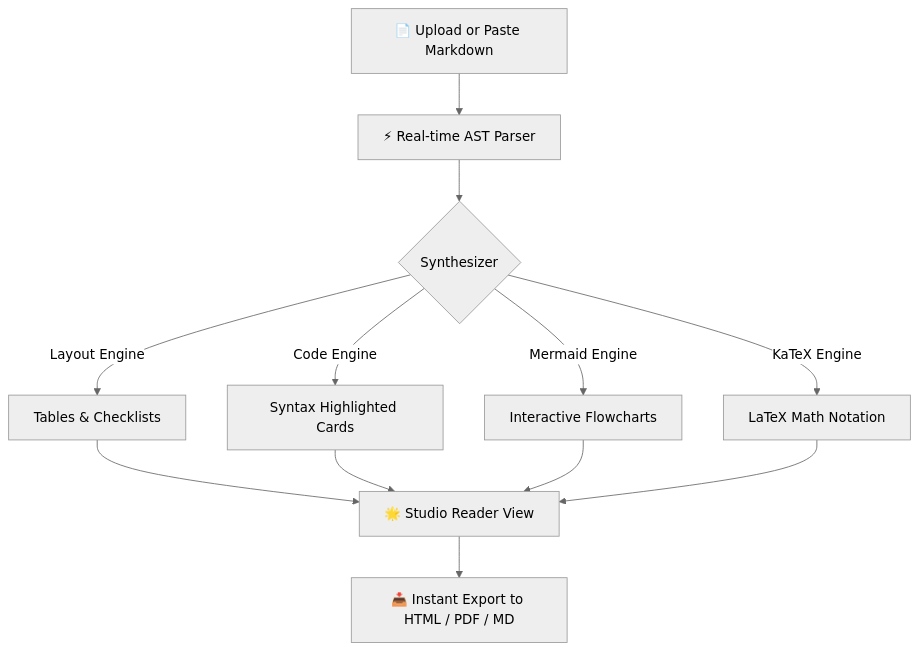
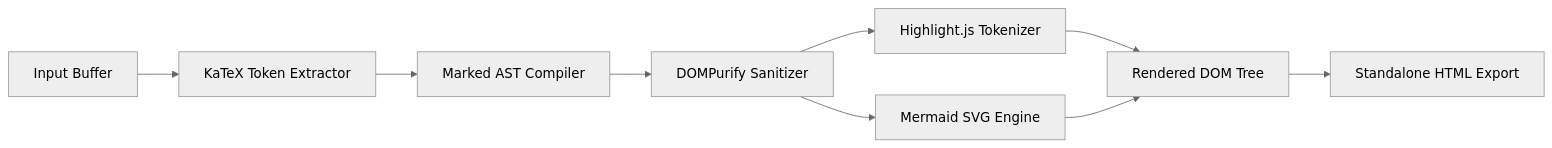
One commit to moazzem-hossain-majumder/Omni-Mark changed the diagram in sample.md. Above: the diagram before and after it, drawn with Mermaid (neutral theme). The commit also changed other lines of this file and 6 other files, not shown here.

Commit message:
refactor: frontend unslop audit, sanitize math parser pipeline, and standardize design tokens

````diff
--- a/sample.md
+++ b/sample.md
@@ -56,11 +44,10 @@
 ```mermaid
-graph TD
-    A[📄 Upload or Paste Markdown] --> B[⚡ Real-time AST Parser]
-    B --> C{Synthesizer}
-    C -->|Layout Engine| D[Tables & Checklists]
-    C -->|Code Engine| E[Syntax Highlighted Cards]
-    C -->|Mermaid Engine| F[Interactive Flowcharts]
-    C -->|KaTeX Engine| G[LaTeX Math Notation]
-    D & E & F & G --> H[🌟 Studio Reader View]
-    H --> I[📥 Instant Export to HTML / PDF / MD]
+graph LR
+    A[Input Buffer] --> B[KaTeX Token Extractor]
+    B --> C[Marked AST Compiler]
+    C --> D[DOMPurify Sanitizer]
+    D --> E[Highlight.js Tokenizer]
+    D --> F[Mermaid SVG Engine]
+    E & F --> G[Rendered DOM Tree]
+    G --> H[Standalone HTML Export]
 ```
````
